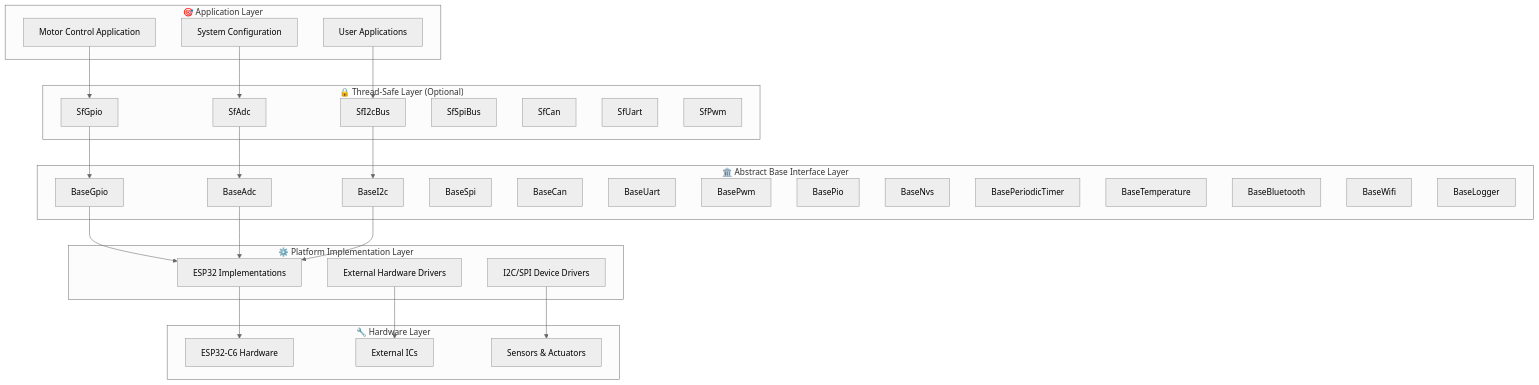
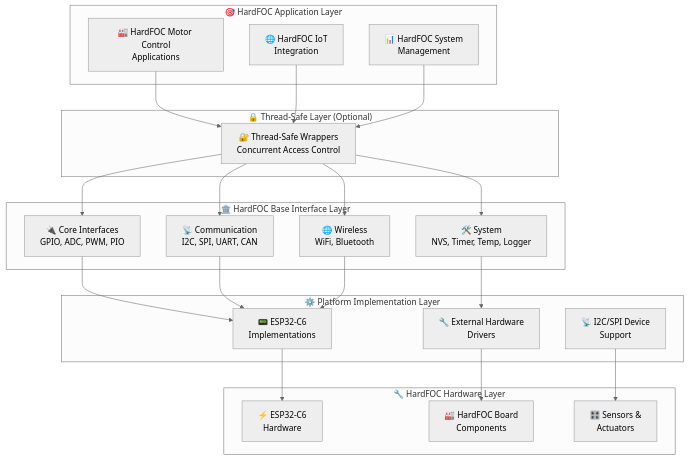
The first of 2 diagrams in docs/index.md (N3b3x/hf-internal-interface-wrap), drawn with Mermaid (neutral theme) before and after one commit. The commit also changed other lines of this file and 1 other file, not shown here.

Commit message:
Update README and docs to focus on HardFOC motor controller board specifics

````diff
--- a/docs/index.md
+++ b/docs/index.md
@@ -66,63 +55,49 @@
 ```mermaid
 graph TB
-    subgraph "🎯 Application Layer"
-        A[Motor Control Application]
-        B[System Configuration]
-        C[User Applications]
+    subgraph "🎯 HardFOC Application Layer"
+        A["🏭 HardFOC Motor Control<br/>Applications"]
+        B["🌐 HardFOC IoT<br/>Integration"]
+        C["📊 HardFOC System<br/>Management"]
     end
     
     subgraph "🔒 Thread-Safe Layer (Optional)"
-        D[SfGpio] 
-        E[SfAdc]
-        F[SfI2cBus]
-        G[SfSpiBus]
-        H[SfCan]
-        I[SfUart]
-        J[SfPwm]
+        D["🔐 Thread-Safe Wrappers<br/>Concurrent Access Control"]
     end
     
-    subgraph "🏛️ Abstract Base Interface Layer"
-        K[BaseGpio]
-        L[BaseAdc] 
-        M[BaseI2c]
-        N[BaseSpi]
-        O[BaseCan]
-        P[BaseUart]
-        Q[BasePwm]
-        R[BasePio]
-        S[BaseNvs]
-        T[BasePeriodicTimer]
-        U[BaseTemperature]
-        V[BaseBluetooth]
-        W[BaseWifi]
-        X[BaseLogger]
+    subgraph "🏛️ HardFOC Base Interface Layer"
+        E["🔌 Core Interfaces<br/>GPIO, ADC, PWM, PIO"]
+        F["📡 Communication<br/>I2C, SPI, UART, CAN"] 
+        G["🌐 Wireless<br/>WiFi, Bluetooth"]
+        H["🛠️ System<br/>NVS, Timer, Temp, Logger"]
     end
     
     subgraph "⚙️ Platform Implementation Layer"
-        Y[ESP32 Implementations]
-        Z[External Hardware Drivers]
-        AA[I2C/SPI Device Drivers]
+        I["📟 ESP32-C6<br/>Implementations"]
+        J["🔧 External Hardware<br/>Drivers"]
+        K["📡 I2C/SPI Device<br/>Support"]
     end
     
-    subgraph "🔧 Hardware Layer"
-        BB[ESP32-C6 Hardware]
-        CC[External ICs]
-        DD[Sensors & Actuators]
+    subgraph "🔧 HardFOC Hardware Layer"
+        L["⚡ ESP32-C6<br/>Hardware"]
+        M["🏭 HardFOC Board<br/>Components"]
+        N["🎛️ Sensors &<br/>Actuators"]
     end
     
     A --> D
-    B --> E
-    C --> F
+    B --> D
+    C --> D
     
-    D --> K
-    E --> L
-    F --> M
+    D --> E
+    D --> F
+    D --> G
+    D --> H
     
-    K --> Y
-    L --> Y
-    M --> Y
+    E --> I
+    F --> I
+    G --> I
+    H --> J
     
-    Y --> BB
-    Z --> CC
-    AA --> DD
+    I --> L
+    J --> M
+    K --> N
 ```
````
